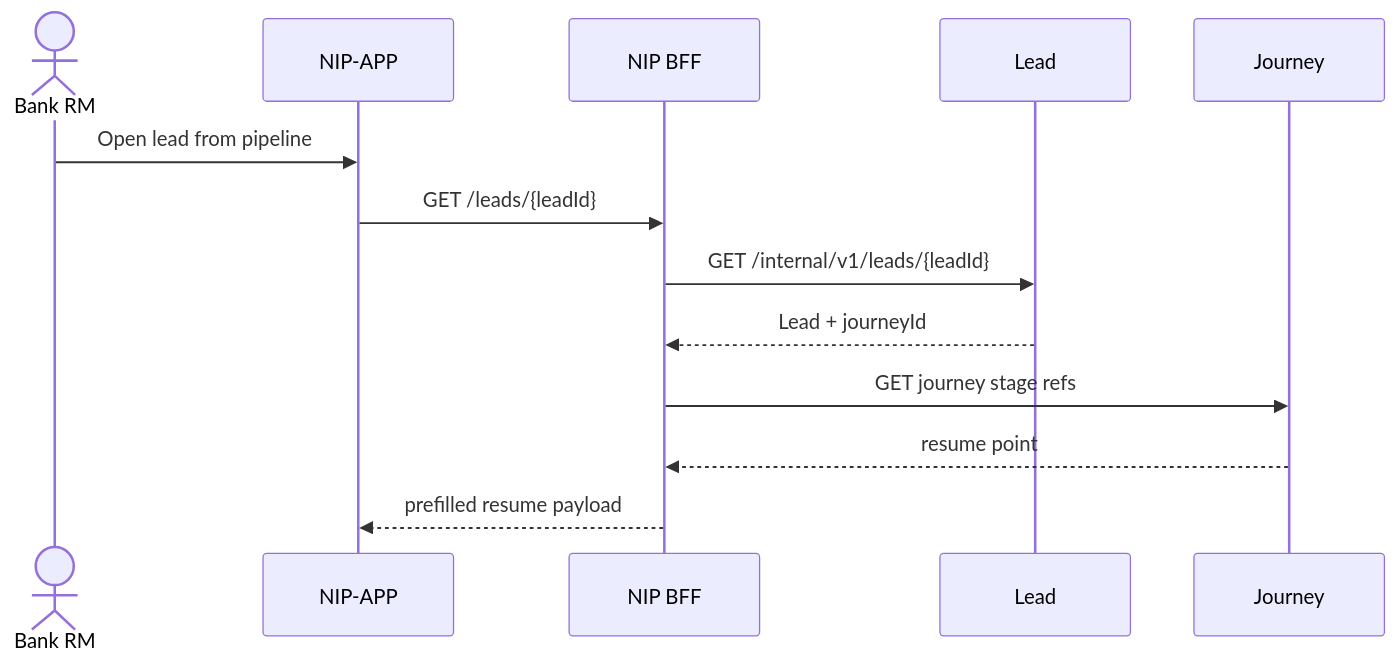
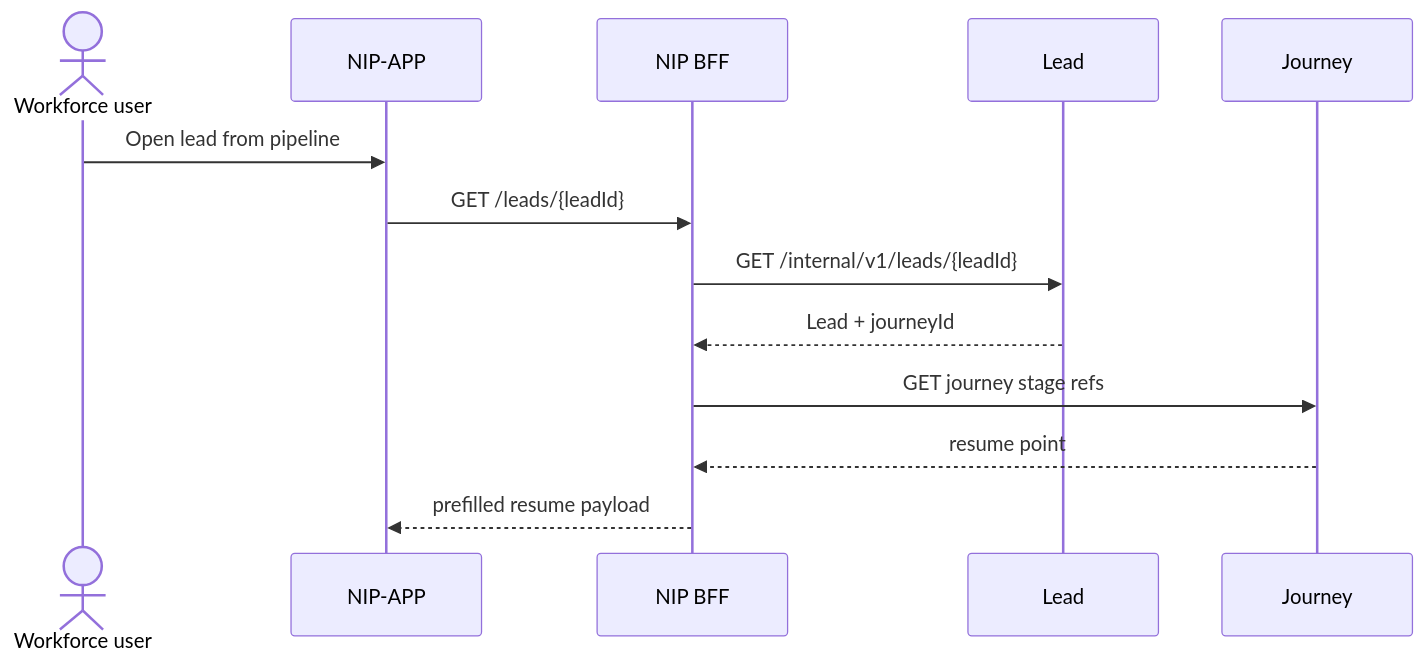
The fourth of 8 diagrams in docs/platform/ws3-platform/11-lead-module-sequences.md (Mahesh38/bank-insurance-platform), drawn with Mermaid before and after one commit. The commit also changed other lines of this file and 14 other files, not shown here.

First line of the commit message:
docs(ws3): close OPEN-LEAD-ACTOR — D-018 workforce create + SP assignee

````diff
--- a/docs/platform/ws3-platform/11-lead-module-sequences.md
+++ b/docs/platform/ws3-platform/11-lead-module-sequences.md
@@ -105,16 +115,16 @@
 ```mermaid
 sequenceDiagram
-  actor RM as Bank RM
+  actor User as Workforce user
   participant APP as NIP-APP
   participant BFF as NIP BFF
   participant LED as Lead #5
   participant JRN as Journey #6
 
-  RM->>APP: Open lead from pipeline
+  User->>APP: Open lead from pipeline
   APP->>BFF: GET /leads/{leadId}
   BFF->>LED: GET /internal/v1/leads/{leadId}
   LED-->>BFF: Lead + journeyId
   BFF->>JRN: GET journey stage refs
   JRN-->>BFF: resume point
   BFF-->>APP: prefilled resume payload
 ```
````
